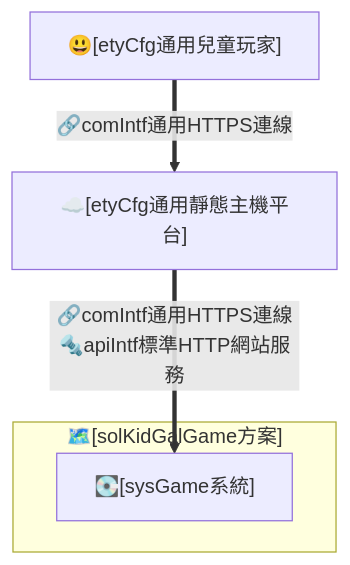
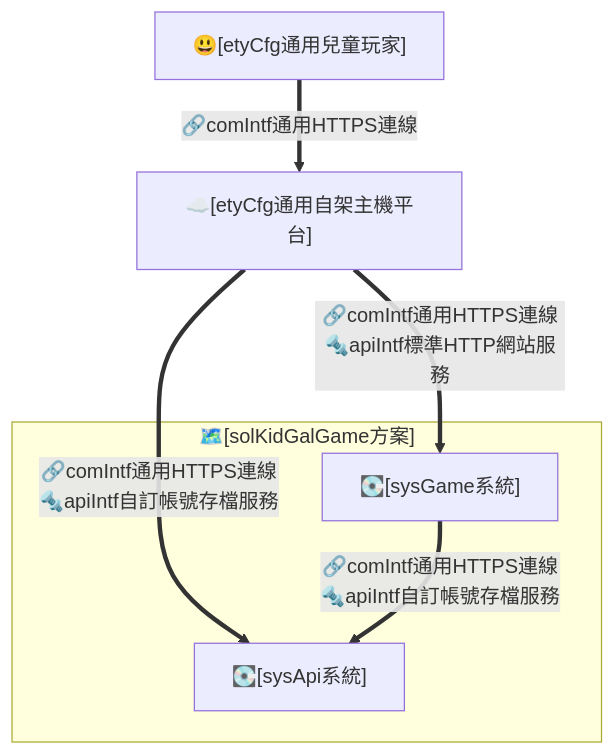
The first of 11 diagrams in docs/design.md (twStellerWhale-Ocean2/solKidGalGame1), drawn with Mermaid before and after one commit. The commit also changed other lines of this file and 59 other files, not shown here.

````diff
--- a/docs/design.md
+++ b/docs/design.md
@@ -47,13 +49,16 @@
 ```mermaid
 flowchart TB
 
 USR["😃[etyCfg通用兒童玩家]"]
-HOST["☁️[etyCfg通用靜態主機平台]"]
+HOST["☁️[etyCfg通用自架主機平台]"]
 
 subgraph SOL["🗺️[solKidGalGame方案]"]
   SYS["💽[sysGame系統]"]
+  API["💽[sysApi系統]"]
 end
 
 USR ==>|"🔗comIntf通用HTTPS連線"| HOST
 HOST ==>|"🔗comIntf通用HTTPS連線<br/>🔩apiIntf標準HTTP網站服務"| SYS
+HOST ==>|"🔗comIntf通用HTTPS連線<br/>🔩apiIntf自訂帳號存檔服務"| API
+SYS ==>|"🔗comIntf通用HTTPS連線<br/>🔩apiIntf自訂帳號存檔服務"| API
 ```
````
